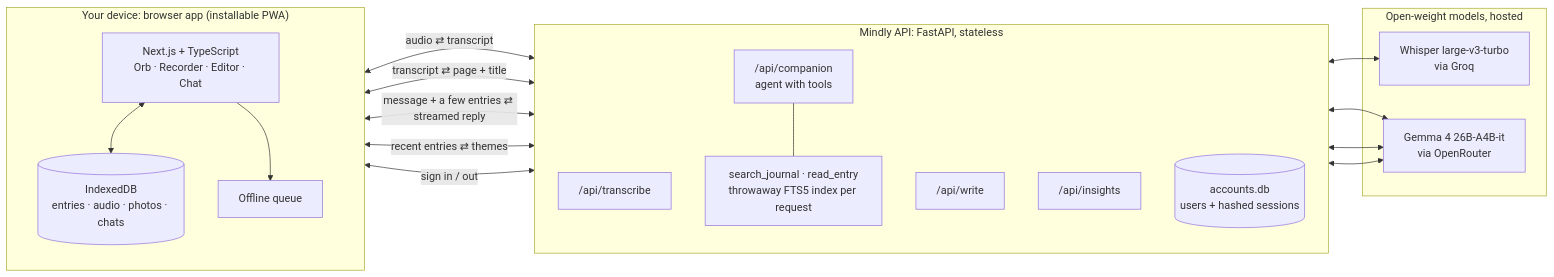
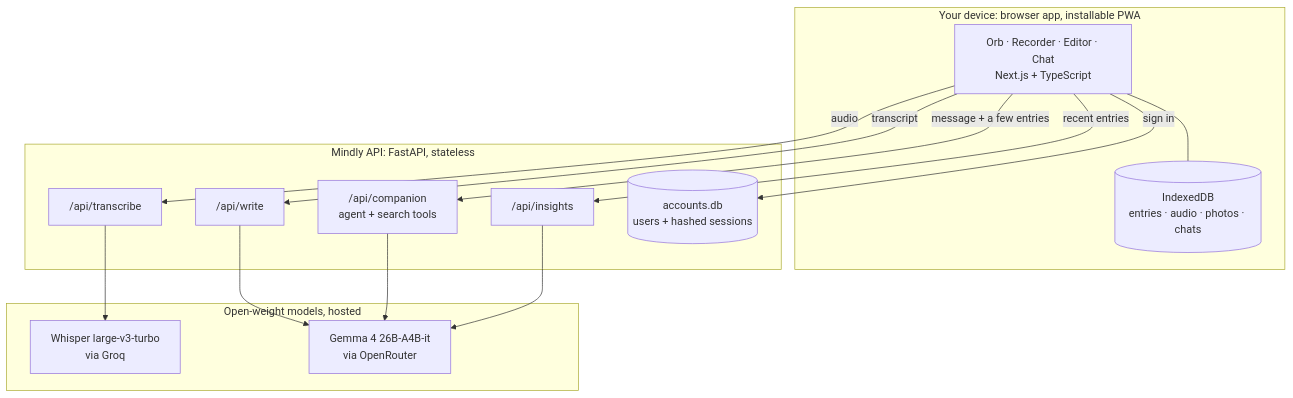
One commit to stmarkadebayo/mindly changed the first of 2 diagrams in docs/ARCHITECTURE.md. Above: the diagram before and after it, drawn with Mermaid. The commit also changed other lines of this file and 1 other file, not shown here.

Commit message:
Simplify architecture diagram

````diff
--- a/docs/ARCHITECTURE.md
+++ b/docs/ARCHITECTURE.md
@@ -5,37 +5,31 @@
 ```mermaid
-flowchart LR
-  subgraph Device["Your device: browser app (installable PWA)"]
-    direction TB
-    UI["Next.js + TypeScript<br/>Orb · Recorder · Editor · Chat"]
+flowchart TB
+  subgraph Device["Your device: browser app, installable PWA"]
+    UI["Orb · Recorder · Editor · Chat<br/>Next.js + TypeScript"]
     DB[("IndexedDB<br/>entries · audio · photos · chats")]
-    Q["Offline queue"]
-    UI <--> DB
-    UI --> Q
   end
 
   subgraph Server["Mindly API: FastAPI, stateless"]
-    direction TB
     T["/api/transcribe"]
     W["/api/write"]
-    C["/api/companion<br/>agent with tools"]
+    C["/api/companion<br/>agent + search tools"]
     I["/api/insights"]
-    TOOLS["search_journal · read_entry<br/>throwaway FTS5 index per request"]
     A[("accounts.db<br/>users + hashed sessions")]
-    C --- TOOLS
   end
 
   subgraph Models["Open-weight models, hosted"]
     WH["Whisper large-v3-turbo<br/>via Groq"]
     GE["Gemma 4 26B-A4B-it<br/>via OpenRouter"]
   end
 
-  Q <-->|"audio ⇄ transcript"| T
-  UI <-->|"transcript ⇄ page + title"| W
-  UI <-->|"message + a few entries ⇄ streamed reply"| C
-  UI <-->|"recent entries ⇄ themes"| I
-  UI <-->|"sign in / out"| A
-  T <--> WH
-  W <--> GE
-  C <--> GE
-  I <--> GE
+  UI --- DB
+  UI -->|audio| T
+  UI -->|transcript| W
+  UI -->|"message + a few entries"| C
+  UI -->|"recent entries"| I
+  UI -->|"sign in"| A
+  T --> WH
+  W --> GE
+  C --> GE
+  I --> GE
 ```
````
